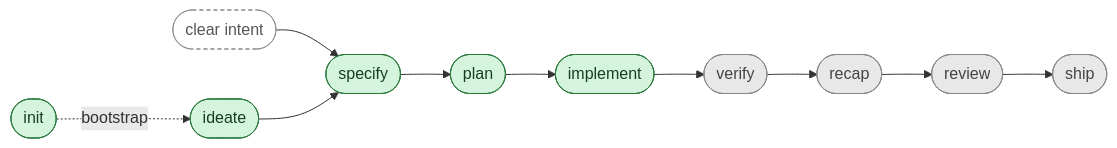
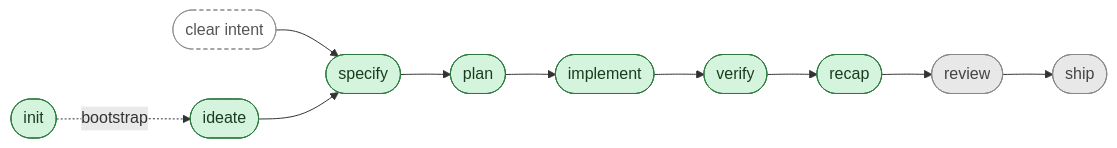
One commit to specscore/specstudio-skills changed the diagram in skills/README.md. Above: the diagram before and after it, drawn with Mermaid. The commit also changed other lines of this file, not shown here.

First line of the commit message:
docs(skills): update README to reflect shipped verify, recap, sidekick, consilium

````diff
--- a/skills/README.md
+++ b/skills/README.md
@@ -9,12 +9,12 @@
 ```mermaid
 flowchart LR
     init([init]):::shipped -.bootstrap.-> ideate
     intent([clear intent]):::input
     intent --> specify
-    ideate([ideate]):::shipped --> specify([specify]):::shipped --> plan([plan]):::shipped --> implement([implement]):::shipped --> verify([verify]):::roadmap --> recap([recap]):::roadmap --> review([review]):::roadmap --> ship([ship]):::roadmap
+    ideate([ideate]):::shipped --> specify([specify]):::shipped --> plan([plan]):::shipped --> implement([implement]):::shipped --> verify([verify]):::shipped --> recap([recap]):::shipped --> review([review]):::roadmap --> ship([ship]):::roadmap
 
     classDef shipped fill:#d4f4dd,stroke:#2d7a3e,color:#1a3d1f
     classDef defined fill:#fff4cc,stroke:#a07a00,color:#3d3000
     classDef roadmap fill:#e8e8e8,stroke:#888,color:#444
     classDef input fill:none,stroke:#888,stroke-dasharray:4 3,color:#555
 ```
````
